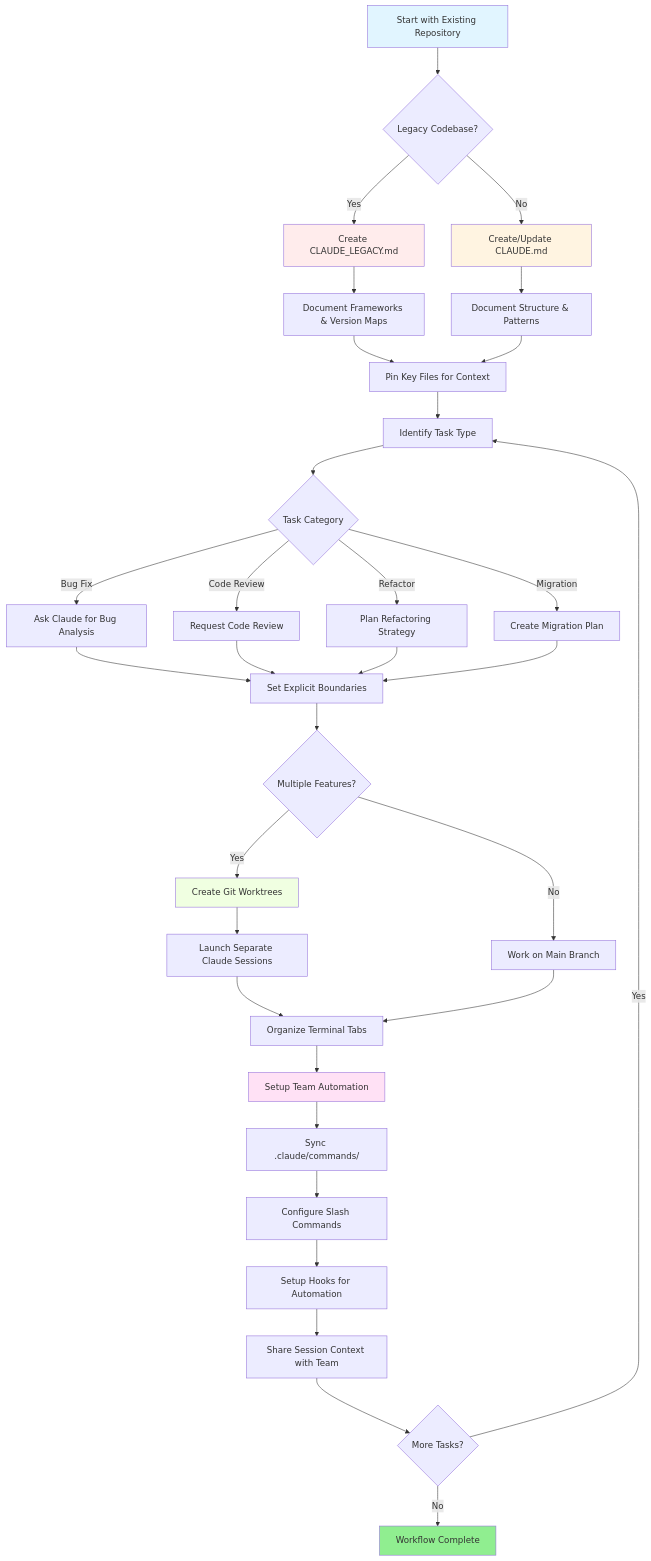
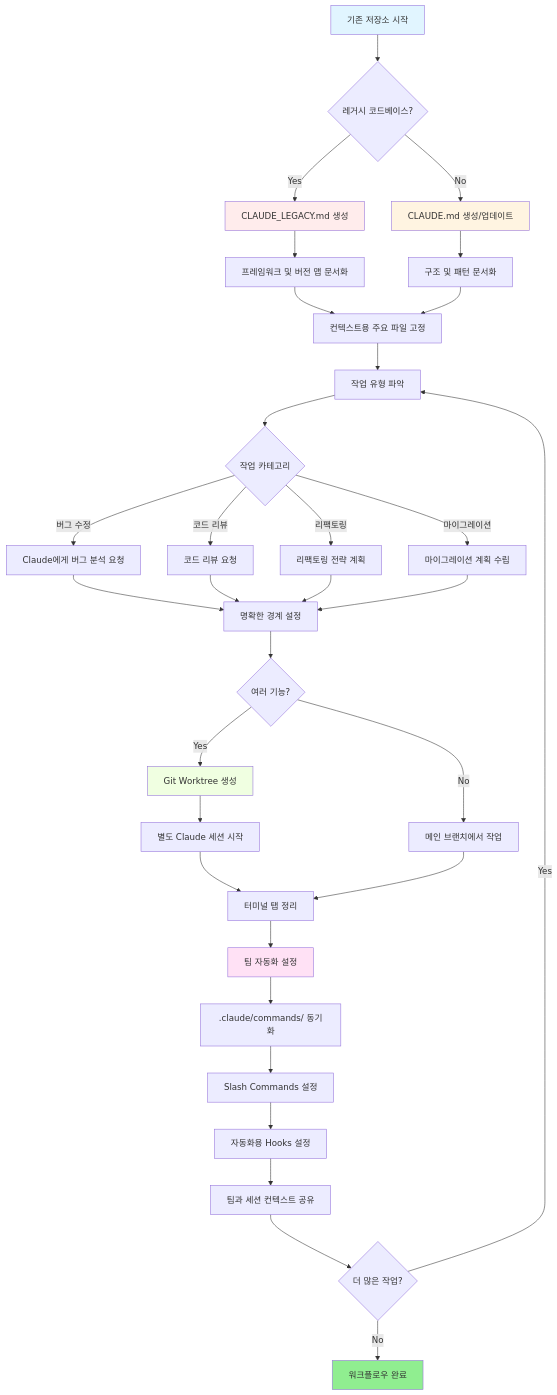
Before and after one commit to cp-khs/claude-howto: the second of 2 diagrams in resources.md, drawn with Mermaid. The commit also changed other lines of this file and 6 other files, not shown here.

````diff
--- a/resources.md
+++ b/resources.md
@@ -174,46 +174,46 @@
 ```mermaid
 graph TD
-    A[Start with Existing Repository] --> B{Legacy Codebase?}
-    B -->|Yes| C[Create CLAUDE_LEGACY.md]
-    B -->|No| D[Create/Update CLAUDE.md]
-    C --> E[Document Frameworks & Version Maps]
-    D --> F[Document Structure & Patterns]
-    E --> G[Pin Key Files for Context]
+    A[기존 저장소 시작] --> B{레거시 코드베이스?}
+    B -->|Yes| C[CLAUDE_LEGACY.md 생성]
+    B -->|No| D[CLAUDE.md 생성/업데이트]
+    C --> E[프레임워크 및 버전 맵 문서화]
+    D --> F[구조 및 패턴 문서화]
+    E --> G[컨텍스트용 주요 파일 고정]
     F --> G
 
-    G --> H[Identify Task Type]
-    H --> I{Task Category}
-    I -->|Bug Fix| J[Ask Claude for Bug Analysis]
-    I -->|Code Review| K[Request Code Review]
-    I -->|Refactor| L[Plan Refactoring Strategy]
-    I -->|Migration| M[Create Migration Plan]
+    G --> H[작업 유형 파악]
+    H --> I{작업 카테고리}
+    I -->|버그 수정| J[Claude에게 버그 분석 요청]
+    I -->|코드 리뷰| K[코드 리뷰 요청]
+    I -->|리팩토링| L[리팩토링 전략 계획]
+    I -->|마이그레이션| M[마이그레이션 계획 수립]
 
-    J --> N[Set Explicit Boundaries]
+    J --> N[명확한 경계 설정]
     K --> N
     L --> N
     M --> N
 
-    N --> O{Multiple Features?}
-    O -->|Yes| P[Create Git Worktrees]
-    O -->|No| Q[Work on Main Branch]
-    P --> R[Launch Separate Claude Sessions]
-    R --> S[Organize Terminal Tabs]
+    N --> O{여러 기능?}
+    O -->|Yes| P[Git Worktree 생성]
+    O -->|No| Q[메인 브랜치에서 작업]
+    P --> R[별도 Claude 세션 시작]
+    R --> S[터미널 탭 정리]
     Q --> S
 
-    S --> T[Setup Team Automation]
-    T --> U[Sync .claude/commands/]
-    U --> V[Configure Slash Commands]
-    V --> W[Setup Hooks for Automation]
-    W --> X[Share Session Context with Team]
+    S --> T[팀 자동화 설정]
+    T --> U[.claude/commands/ 동기화]
+    U --> V[Slash Commands 설정]
+    V --> W[자동화용 Hooks 설정]
+    W --> X[팀과 세션 컨텍스트 공유]
 
-    X --> Y{More Tasks?}
+    X --> Y{더 많은 작업?}
     Y -->|Yes| H
-    Y -->|No| Z[Workflow Complete]
+    Y -->|No| Z[워크플로우 완료]
 
     style A fill:#e1f5ff
     style C fill:#ffecec
     style D fill:#fff4e1
     style P fill:#f0ffe1
     style T fill:#ffe1f5
     style Z fill:#90EE90
 ```
````
